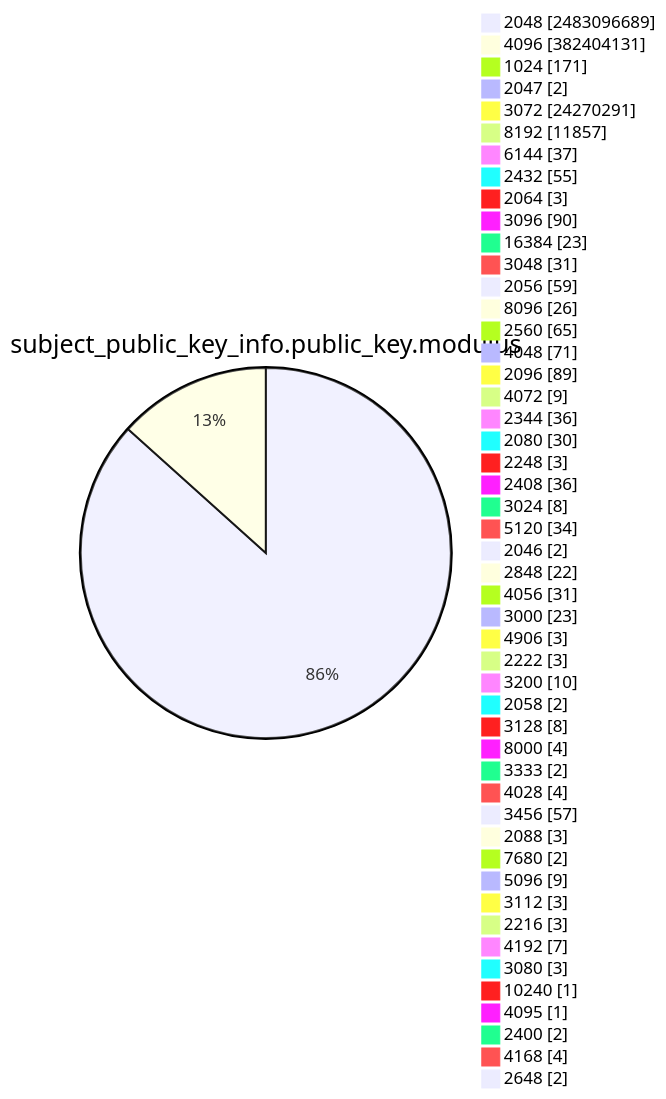
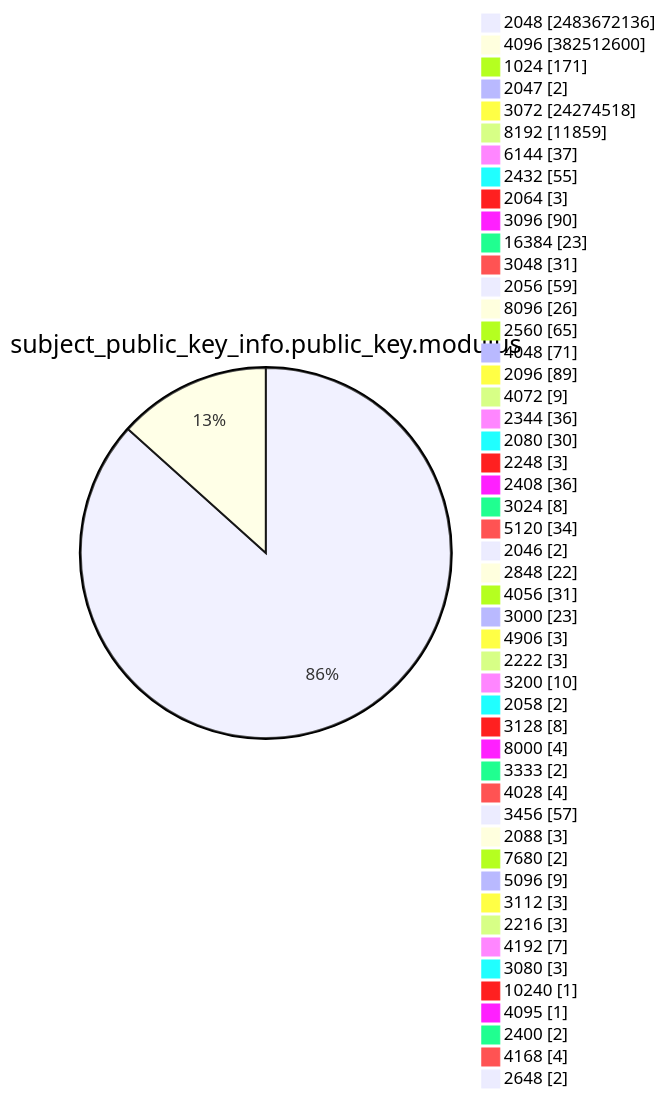
Diagram 13 of 15 in TOTAL/README.md (christiankrug/ctmonitor_visualization), drawn with Mermaid before and after one commit. The commit also changed other lines of this file, not shown here.

````diff
--- a/TOTAL/README.md
+++ b/TOTAL/README.md
@@ -4168,53 +4168,53 @@
 ```mermaid
 pie showData
 title subject_public_key_info.public_key.modulus
-"2048" :2483096689
-"4096" :382404131
+"2048" :2483672136
+"4096" :382512600
 "1024" :171
 "2047" :2
-"3072" :24270291
-"8192" :11857
+"3072" :24274518
+"8192" :11859
 "6144" :37
 "2432" :55
 "2064" :3
 "3096" :90
 "16384" :23
 "3048" :31
 "2056" :59
 "8096" :26
 "2560" :65
 "4048" :71
 "2096" :89
 "4072" :9
 "2344" :36
 "2080" :30
 "2248" :3
 "2408" :36
 "3024" :8
 "5120" :34
 "2046" :2
 "2848" :22
 "4056" :31
 "3000" :23
 "4906" :3
 "2222" :3
 "3200" :10
 "2058" :2
 "3128" :8
 "8000" :4
 "3333" :2
 "4028" :4
 "3456" :57
 "2088" :3
 "7680" :2
 "5096" :9
 "3112" :3
 "2216" :3
 "4192" :7
 "3080" :3
 "10240" :1
 "4095" :1
 "2400" :2
 "4168" :4
 "2648" :2
 ```
````
